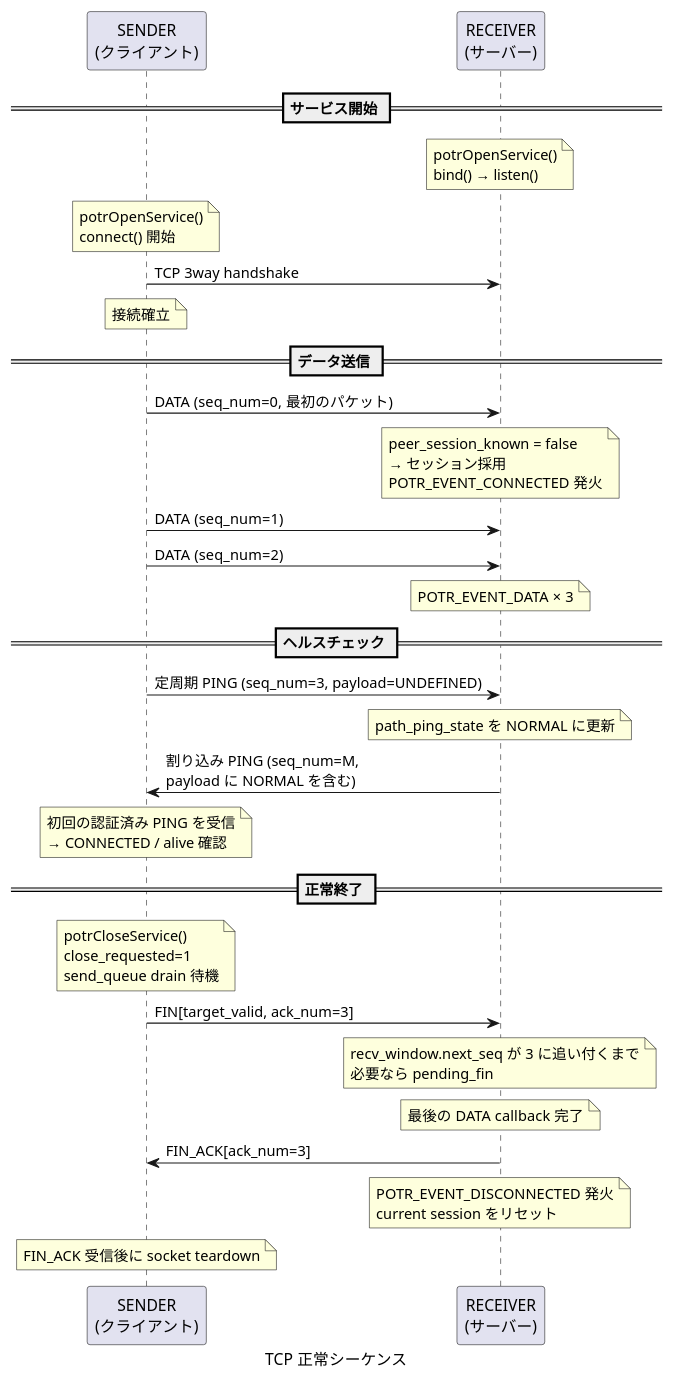
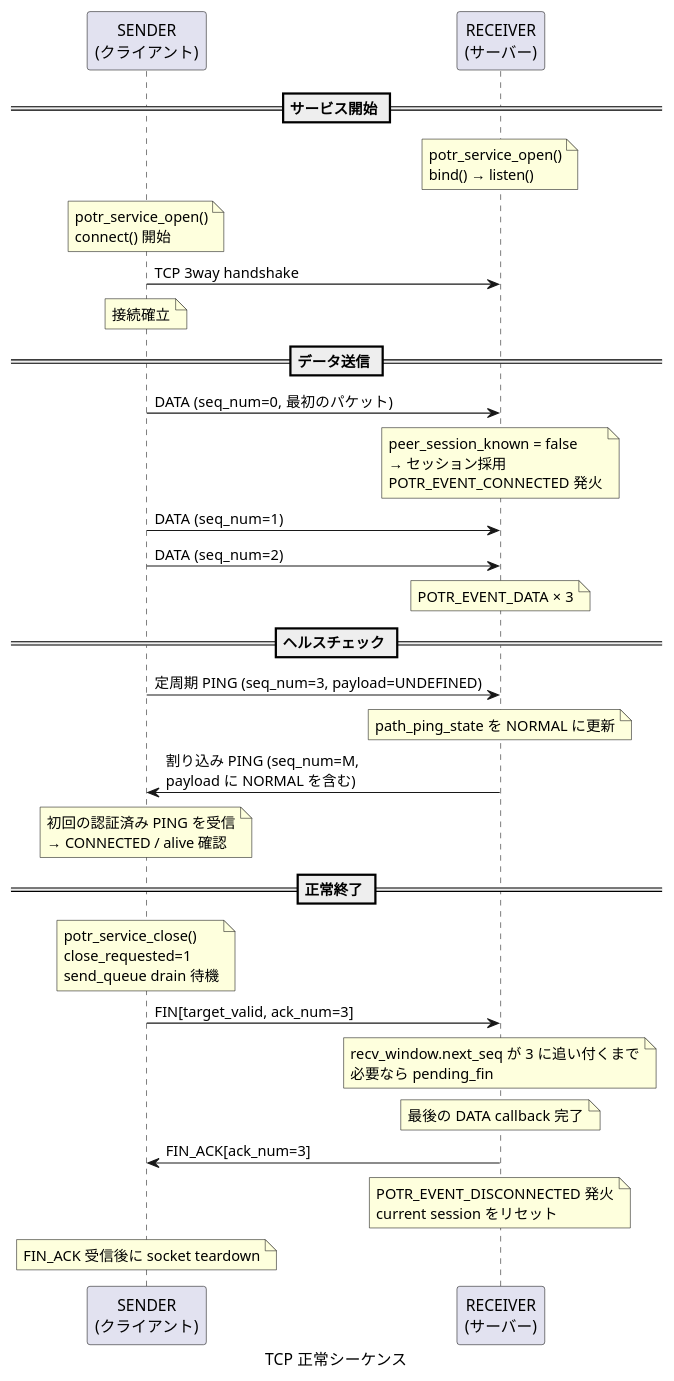
Diagram 24 of 30 in docs/sequence.md (Hondarer/app_porter), drawn with PlantUML before and after one commit. The commit also changed other lines of this file and 148 other files, not shown here.

````diff
--- a/docs/sequence.md
+++ b/docs/sequence.md
@@ -859,42 +859,42 @@
 ```plantuml
 @startuml TCP 正常シーケンス
 caption TCP 正常シーケンス
 
 participant "SENDER\n(クライアント)" as S
 participant "RECEIVER\n(サーバー)" as R
 
 == サービス開始 ==
 
-note over R: potrOpenService()\nbind() → listen()
-note over S: potrOpenService()\nconnect() 開始
+note over R: potr_service_open()\nbind() → listen()
+note over S: potr_service_open()\nconnect() 開始
 S -> R: TCP 3way handshake
 note over S: 接続確立
 
 == データ送信 ==
 
 S -> R: DATA (seq_num=0, 最初のパケット)
 note over R: peer_session_known = false\n→ セッション採用\nPOTR_EVENT_CONNECTED 発火
 
 S -> R: DATA (seq_num=1)
 S -> R: DATA (seq_num=2)
 note over R: POTR_EVENT_DATA × 3
 
 == ヘルスチェック ==
 
 S -> R: 定周期 PING (seq_num=3, payload=UNDEFINED)
 note over R: path_ping_state を NORMAL に更新
 R -> S: 割り込み PING (seq_num=M,\npayload に NORMAL を含む)
 note over S: 初回の認証済み PING を受信\n→ CONNECTED / alive 確認
 
 == 正常終了 ==
 
-note over S: potrCloseService()\nclose_requested=1\nsend_queue drain 待機
+note over S: potr_service_close()\nclose_requested=1\nsend_queue drain 待機
 S -> R: FIN[target_valid, ack_num=3]
 note over R: recv_window.next_seq が 3 に追い付くまで\n必要なら pending_fin
 note over R: 最後の DATA callback 完了
 R -> S: FIN_ACK[ack_num=3]
 note over R: POTR_EVENT_DISCONNECTED 発火\ncurrent session をリセット
 note over S: FIN_ACK 受信後に socket teardown
 
 @enduml
 ```
````
